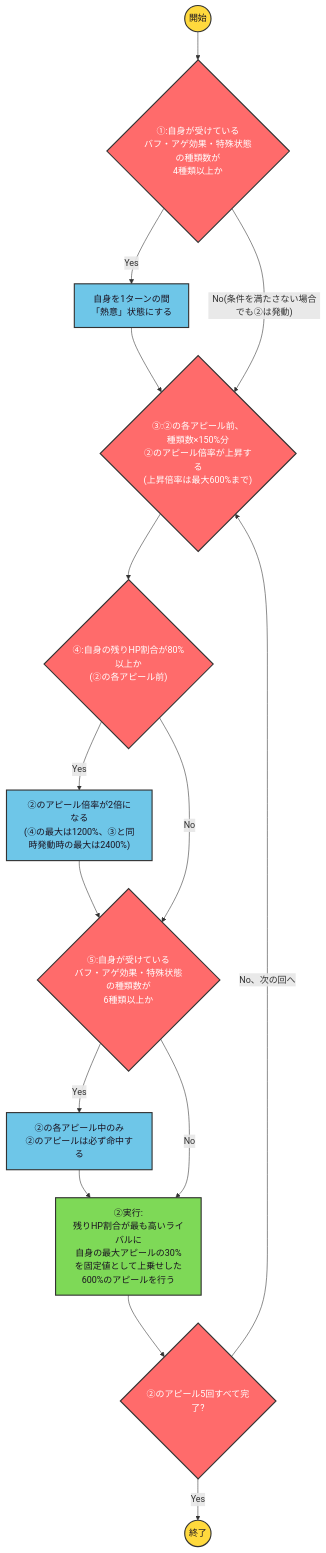
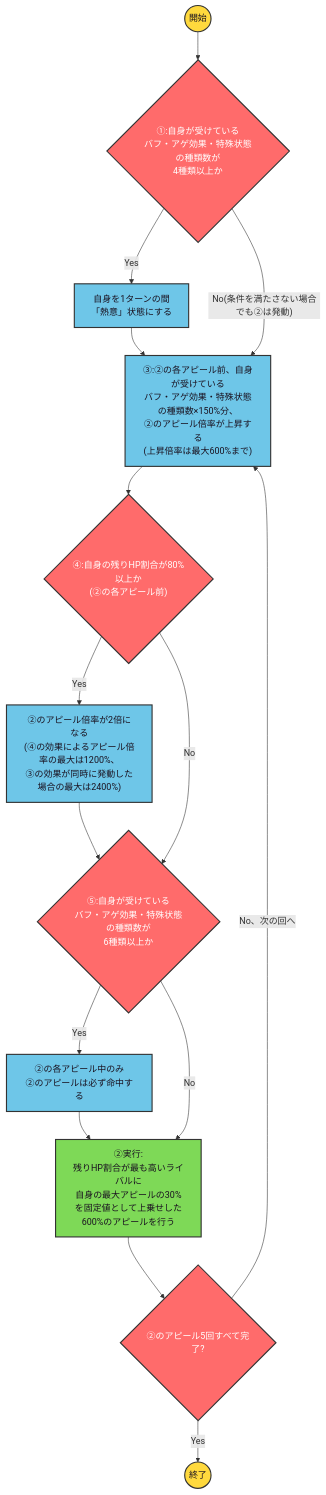
Before and after one commit to ryomochi0918/nogifra-characters: the diagram in data/masuda_mirine/synchronicity_skill2.mmd, drawn with Mermaid.

Commit message:
増田三莉音「シンクロニシティ」スキル2のフローチャートを直す
③は条件ではなく常に発動する倍率上昇なので効果ノードにし、文面を原文どおりにした。④の最大倍率の注記も原文の表現に戻した。

```diff
--- a/data/masuda_mirine/synchronicity_skill2.mmd
+++ b/data/masuda_mirine/synchronicity_skill2.mmd
@@ -1,18 +1,18 @@
 flowchart TD
     classDef startend fill:#FFD93D,stroke:#333,stroke-width:2px,color:#1a1220;
     classDef cond fill:#FF6B6B,stroke:#333,stroke-width:2px,color:#ffffff;
     classDef effect fill:#6EC6E8,stroke:#333,stroke-width:2px,color:#1a1220;
     classDef action fill:#7ED957,stroke:#333,stroke-width:2px,color:#1a1220;
 
     start(("開始")):::startend --> c1{"①:自身が受けている<br/>バフ・アゲ効果・特殊状態の種類数が<br/>4種類以上か"}:::cond
     c1 -->|"Yes"| e1["自身を1ターンの間<br/>「熱意」状態にする"]:::effect --> c3
     c1 -->|"No(条件を満たさない場合でも②は発動)"| c3
-    c3{"③:②の各アピール前、<br/>種類数×150%分<br/>②のアピール倍率が上昇する<br/>(上昇倍率は最大600%まで)"}:::cond
+    c3["③:②の各アピール前、自身が受けている<br/>バフ・アゲ効果・特殊状態の種類数×150%分、<br/>②のアピール倍率が上昇する<br/>(上昇倍率は最大600%まで)"]:::effect
     c3 --> c4{"④:自身の残りHP割合が80%以上か<br/>(②の各アピール前)"}:::cond
-    c4 -->|"Yes"| e4["②のアピール倍率が2倍になる<br/>(④の最大は1200%、③と同時発動時の最大は2400%)"]:::effect --> c5
+    c4 -->|"Yes"| e4["②のアピール倍率が2倍になる<br/>(④の効果によるアピール倍率の最大は1200%、<br/>③の効果が同時に発動した場合の最大は2400%)"]:::effect --> c5
     c4 -->|"No"| c5{"⑤:自身が受けている<br/>バフ・アゲ効果・特殊状態の種類数が<br/>6種類以上か"}:::cond
     c5 -->|"Yes"| e5["②の各アピール中のみ<br/>②のアピールは必ず命中する"]:::effect --> a2
     c5 -->|"No"| a2["②実行:<br/>残りHP割合が最も高いライバルに<br/>自身の最大アピールの30%を固定値として上乗せした<br/>600%のアピールを行う"]:::action
     a2 --> loop{"②のアピール5回すべて完了?"}:::cond
     loop -->|"No、次の回へ"| c3
     loop -->|"Yes"| finish(("終了")):::startend
```
